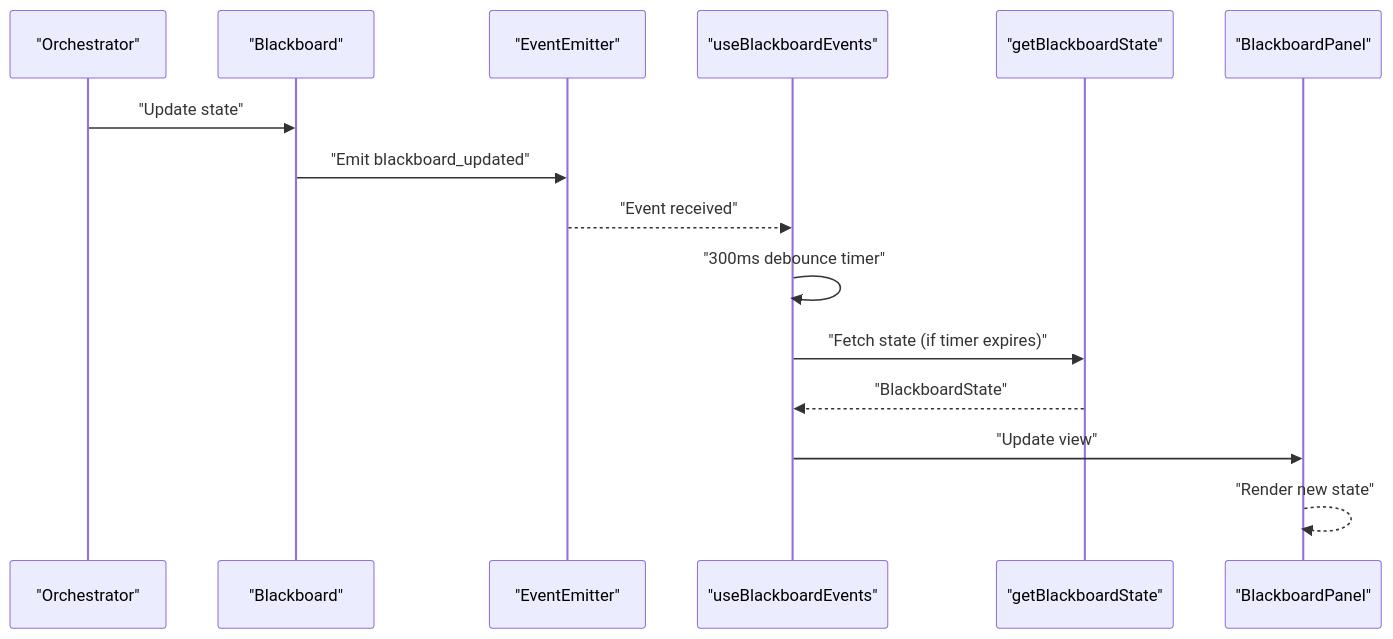
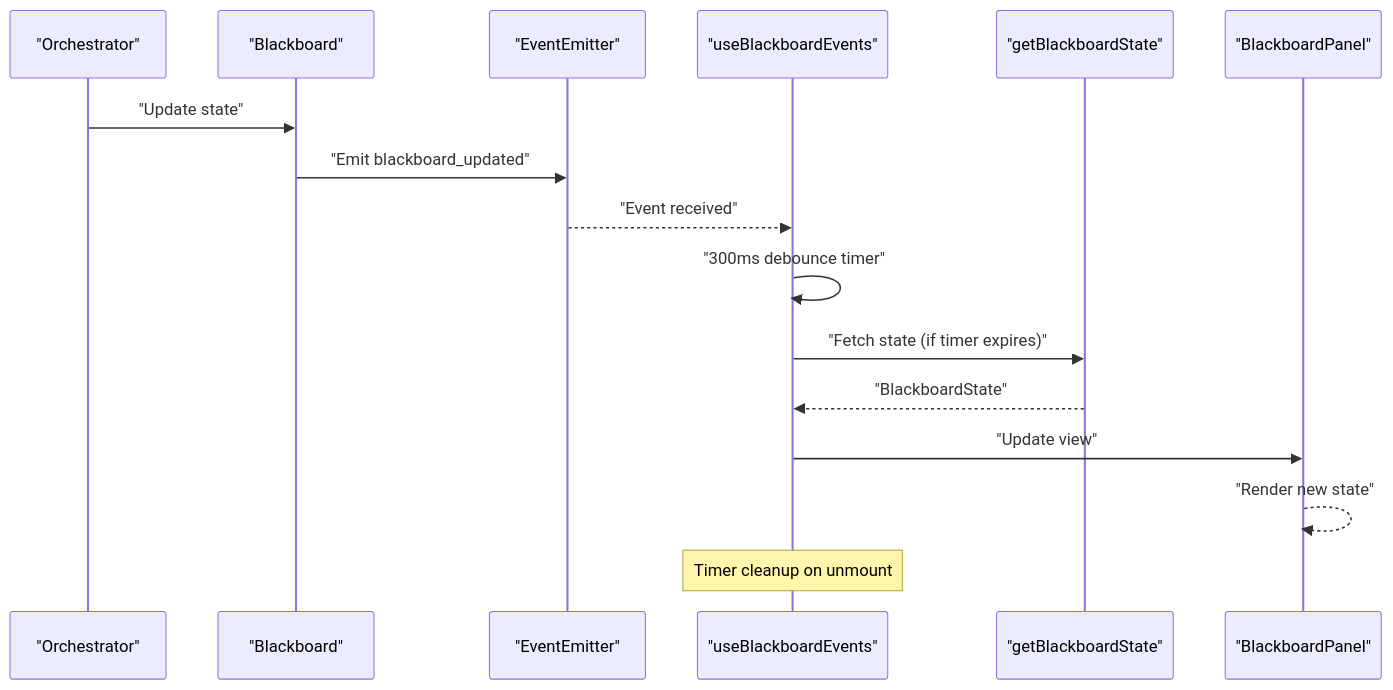
The tenth of 11 diagrams in .qoder/repowiki/en/content/Memory and Context Management/Blackboard Architecture.md (v0lka/c0wrk), drawn with Mermaid before and after one commit. The commit also changed other lines of this file and 52 other files, not shown here.

````diff
--- a/.qoder/repowiki/en/content/Memory and Context Management/Blackboard Architecture.md
+++ b/.qoder/repowiki/en/content/Memory and Context Management/Blackboard Architecture.md
@@ -498,17 +655,18 @@
 ```mermaid
 sequenceDiagram
 participant ORCH as "Orchestrator"
 participant BB as "Blackboard"
 participant EM as "EventEmitter"
 participant FE as "useBlackboardEvents"
 participant API as "getBlackboardState"
 participant UI as "BlackboardPanel"
 ORCH->>BB : "Update state"
 BB->>EM : "Emit blackboard_updated"
 EM-->>FE : "Event received"
 FE->>FE : "300ms debounce timer"
 FE->>API : "Fetch state (if timer expires)"
 API-->>FE : "BlackboardState"
 FE->>UI : "Update view"
 UI-->>UI : "Render new state"
+Note over FE : Timer cleanup on unmount
 ```
````
